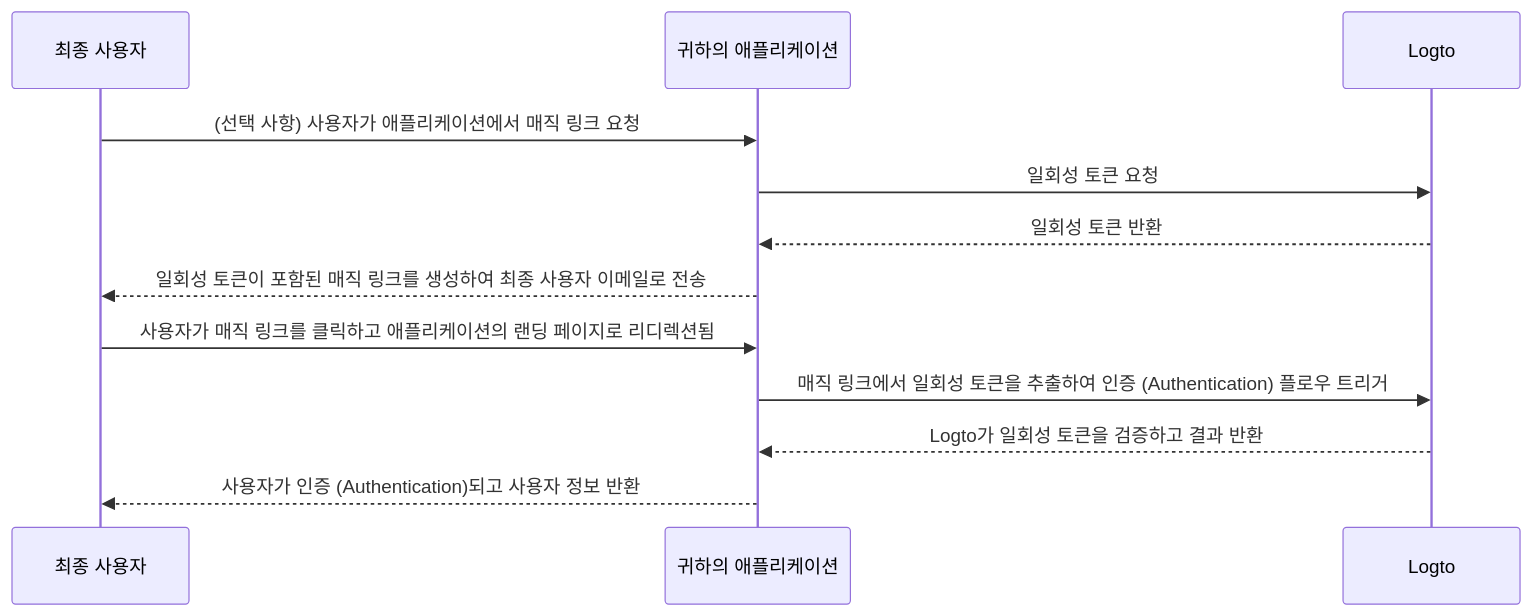
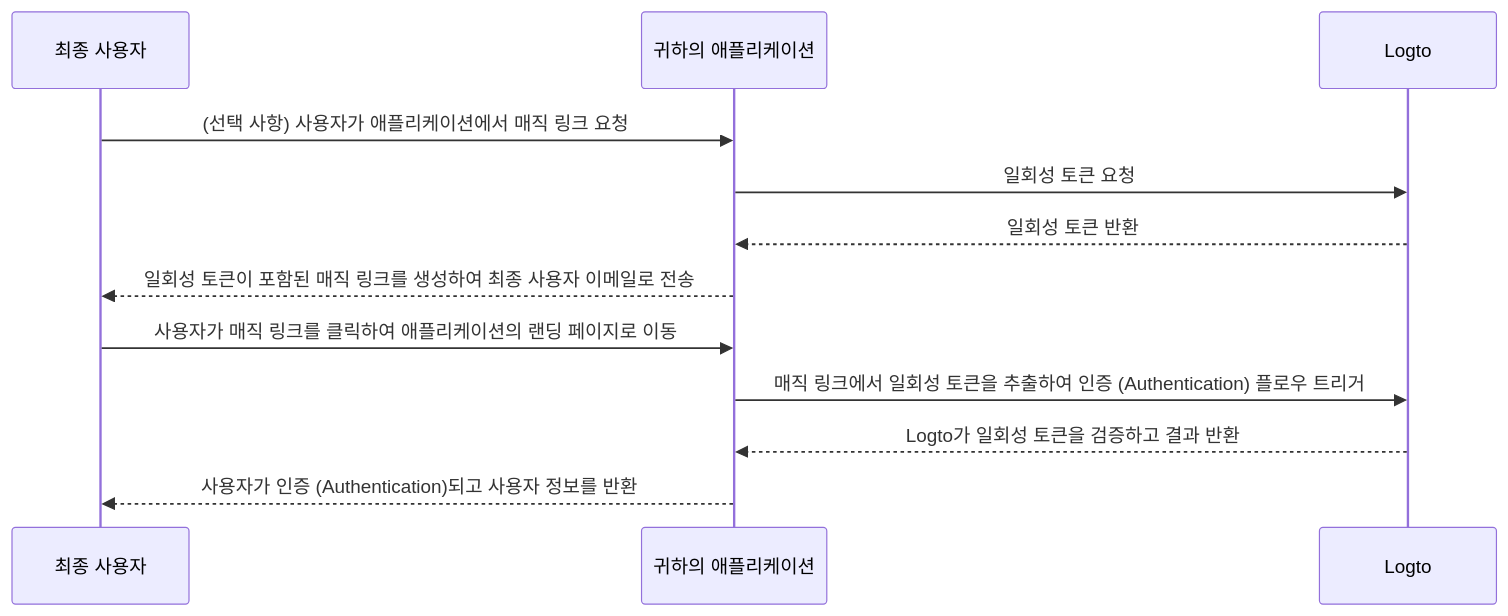
One commit to logto-io/docs changed the diagram in i18n/ko/docusaurus-plugin-content-docs/current/end-user-flows/one-time-token.mdx. Above: the diagram before and after it, drawn with Mermaid. The commit also changed other lines of this file and 47 other files, not shown here.

````diff
--- a/i18n/ko/docusaurus-plugin-content-docs/current/end-user-flows/one-time-token.mdx
+++ b/i18n/ko/docusaurus-plugin-content-docs/current/end-user-flows/one-time-token.mdx
@@ -38,15 +38,15 @@
 ```mermaid
 sequenceDiagram
   participant U as 최종 사용자
   participant C as 귀하의 애플리케이션
   participant L as Logto
 
   U ->> C: (선택 사항) 사용자가 애플리케이션에서 매직 링크 요청
   C ->> L: 일회성 토큰 요청
   L -->> C: 일회성 토큰 반환
   C -->> U: 일회성 토큰이 포함된 매직 링크를 생성하여 최종 사용자 이메일로 전송
-  U ->> C: 사용자가 매직 링크를 클릭하고 애플리케이션의 랜딩 페이지로 리디렉션됨
+  U ->> C: 사용자가 매직 링크를 클릭하여 애플리케이션의 랜딩 페이지로 이동
   C ->> L: 매직 링크에서 일회성 토큰을 추출하여 인증 (Authentication) 플로우 트리거
   L -->> C: Logto가 일회성 토큰을 검증하고 결과 반환
-  C -->> U: 사용자가 인증 (Authentication)되고 사용자 정보 반환
+  C -->> U: 사용자가 인증 (Authentication)되고 사용자 정보를 반환
 ```
````
